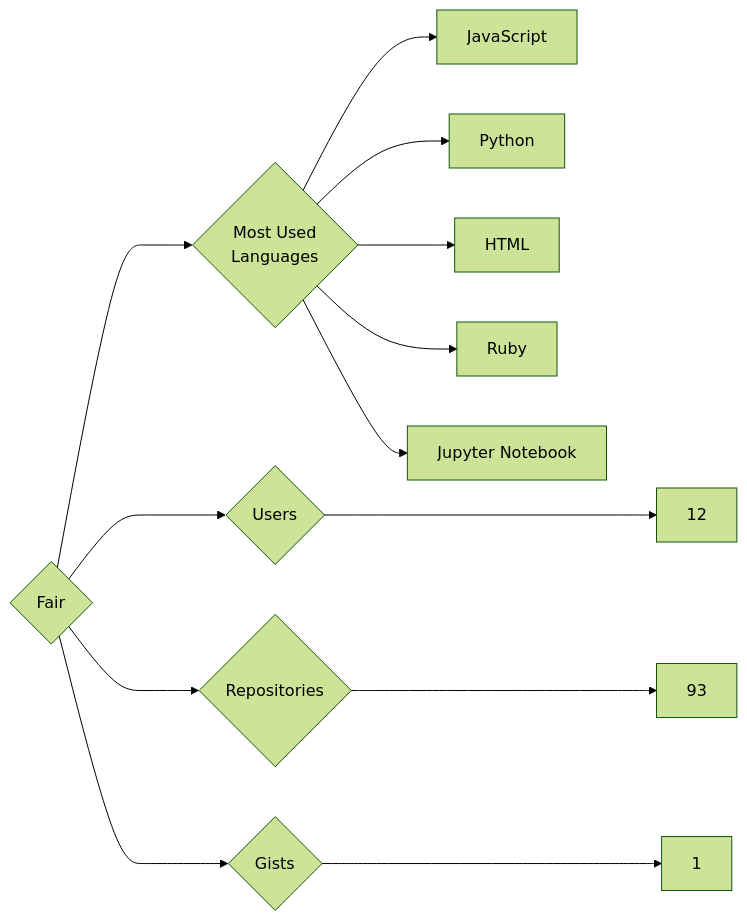
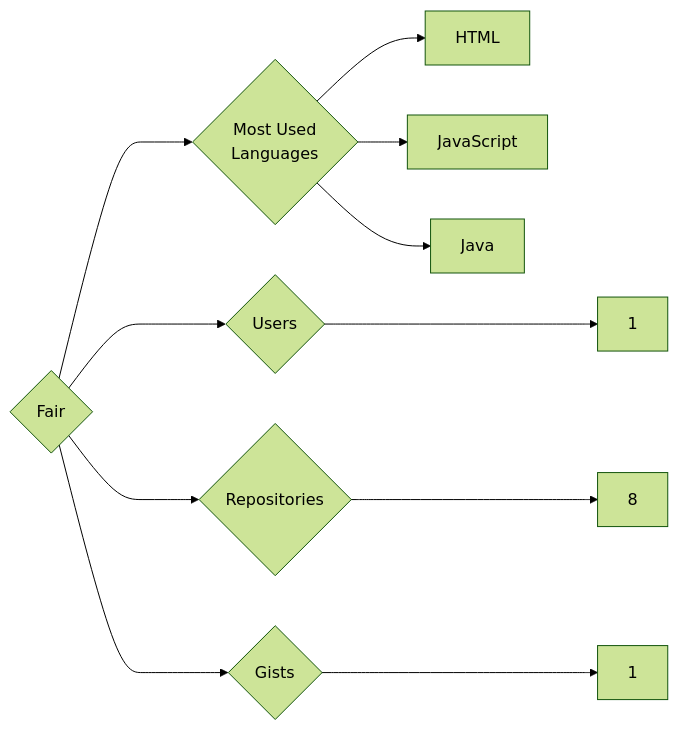
The diagram in targets/Fair/README.md (trickest/insiders), drawn with Mermaid (forest theme) before and after one commit. The commit also changed 823 other files, not shown here.

````diff
--- a/targets/Fair/README.md
+++ b/targets/Fair/README.md
@@ -3,13 +3,11 @@
 ```mermaid
 graph LR
 COMPANY_NAME{Fair}
-COMPANY_NAME ---> U{Users} ---> UN[12]
-COMPANY_NAME ---> R{Repositories} ---> RN[93]
+COMPANY_NAME ---> U{Users} ---> UN[1]
+COMPANY_NAME ---> R{Repositories} ---> RN[8]
 COMPANY_NAME ---> G{Gists} ---> GN[1]
 COMPANY_NAME ---> ML{Most Used<br>Languages}
+ML --> HTML[HTML]
 ML --> JavaScript[JavaScript]
-ML --> Python[Python]
-ML --> HTML[HTML]
-ML --> Ruby[Ruby]
-ML --> Jupyter_Notebook[Jupyter Notebook]
+ML --> Java[Java]
 ```
````
